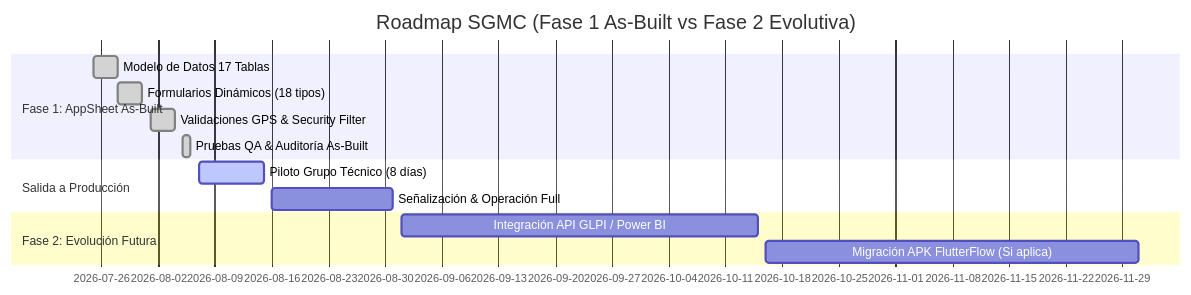
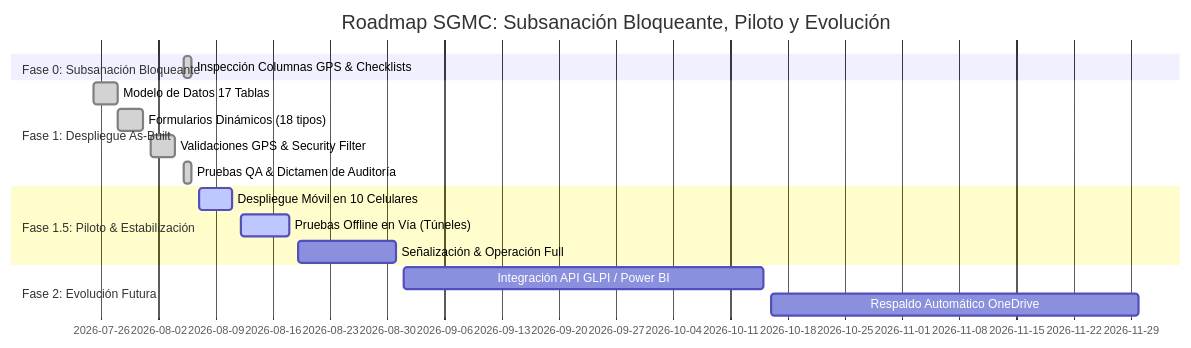
Before and after one commit to dieleoz/SGMC: the diagram in ROADMAP.md, drawn with Mermaid. The commit also changed other lines of this file, not shown here.

Commit message:
docs: Update ROADMAP.md with Phase 1.5 Pilot launch status

````diff
--- a/ROADMAP.md
+++ b/ROADMAP.md
@@ -12,16 +12,19 @@
 ```mermaid
 gantt
-    title Roadmap SGMC (Fase 1 As-Built vs Fase 2 Evolutiva)
+    title Roadmap SGMC: Subsanación Bloqueante, Piloto y Evolución
     dateFormat  YYYY-MM-DD
-    section Fase 1: AppSheet As-Built
+    section Fase 0: Subsanación Bloqueante
+    Inspección Columnas GPS & Checklists :done, f0, 2026-08-05, 2026-08-06
+    section Fase 1: Despliegue As-Built
     Modelo de Datos 17 Tablas        :done, f1a, 2026-07-25, 2026-07-28
     Formularios Dinámicos (18 tipos) :done, f1b, 2026-07-28, 2026-07-31
     Validaciones GPS & Security Filter:done, f1c, 2026-08-01, 2026-08-04
-    Pruebas QA & Auditoría As-Built  :done, f1d, 2026-08-05, 2026-08-06
-    section Salida a Producción
-    Piloto Grupo Técnico (8 días)    :active, p1, 2026-08-07, 2026-08-15
-    Señalización & Operación Full    : p2, 2026-08-16, 2026-08-31
+    Pruebas QA & Dictamen de Auditoría:done, f1d, 2026-08-05, 2026-08-06
+    section Fase 1.5: Piloto & Estabilización
+    Despliegue Móvil en 10 Celulares  :active, p1, 2026-08-07, 2026-08-11
+    Pruebas Offline en Vía (Túneles) :active, p2, 2026-08-12, 2026-08-18
+    Señalización & Operación Full    : p3, 2026-08-19, 2026-08-31
     section Fase 2: Evolución Futura
     Integración API GLPI / Power BI  : f2a, 2026-09-01, 2026-10-15
-    Migración APK FlutterFlow (Si aplica): f2b, 2026-10-16, 2026-12-01
+    Respaldo Automático OneDrive     : f2b, 2026-10-16, 2026-11-30
 ```
````
